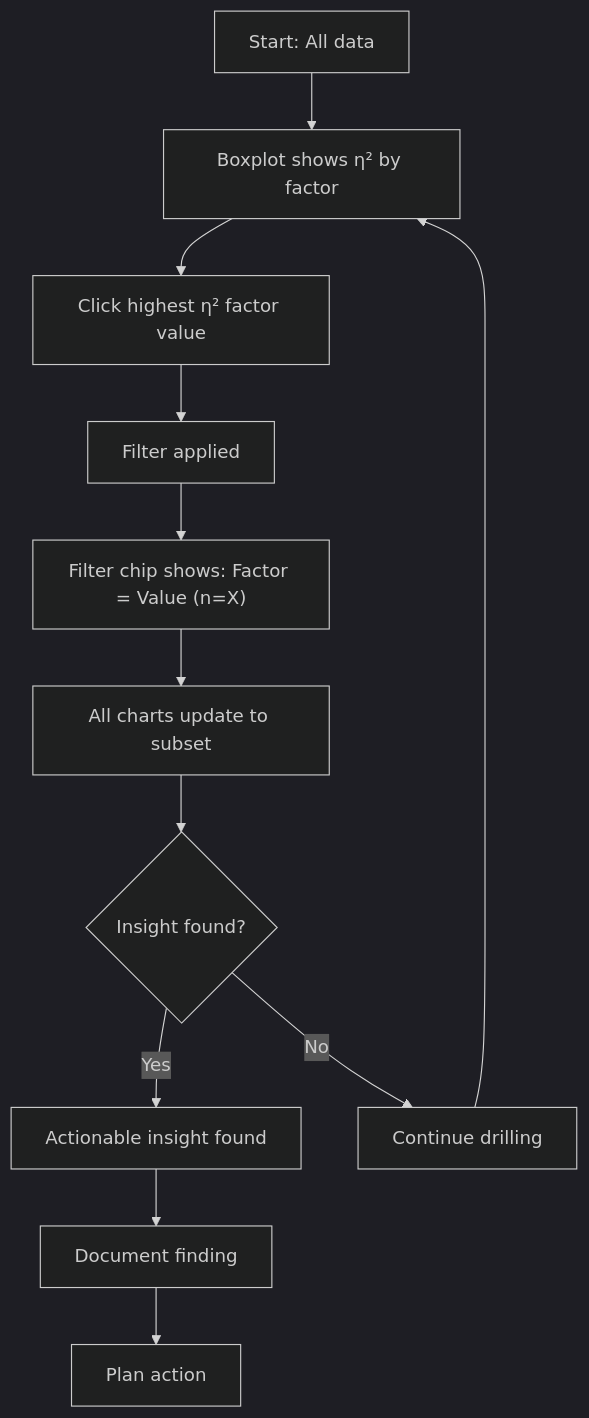
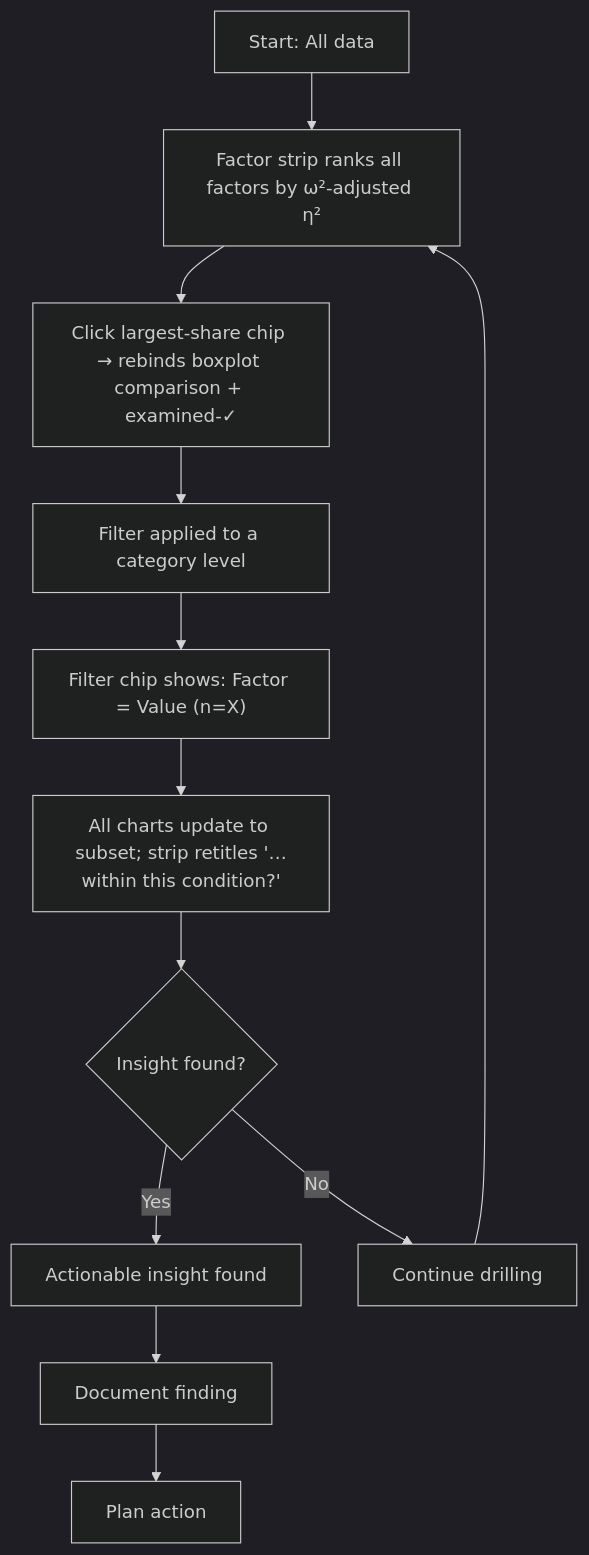
The diagram in docs/03-features/workflows/drill-down-workflow.md (jukka-matti/variscout), drawn with Mermaid (dark theme) before and after one commit. The commit also changed other lines of this file and 5 other files, not shown here.

````diff
--- a/docs/03-features/workflows/drill-down-workflow.md
+++ b/docs/03-features/workflows/drill-down-workflow.md
@@ -84,14 +86,14 @@
 ```mermaid
 flowchart TD
-    A[Start: All data] --> B[Boxplot shows η² by factor]
-    B --> C[Click highest η² factor value]
-    C --> D[Filter applied]
+    A[Start: All data] --> B["Factor strip ranks all factors by ω²-adjusted η²"]
+    B --> C["Click largest-share chip → rebinds boxplot comparison + examined-✓"]
+    C --> D[Filter applied to a category level]
     D --> E["Filter chip shows: Factor = Value (n=X)"]
-    E --> F[All charts update to subset]
+    E --> F[All charts update to subset; strip retitles '…within this condition?']
     F --> G{Insight found?}
     G -->|"Yes"| H[Actionable insight found]
     G -->|"No"| I[Continue drilling]
     I --> B
     H --> J[Document finding]
     J --> K[Plan action]
 ```
````
